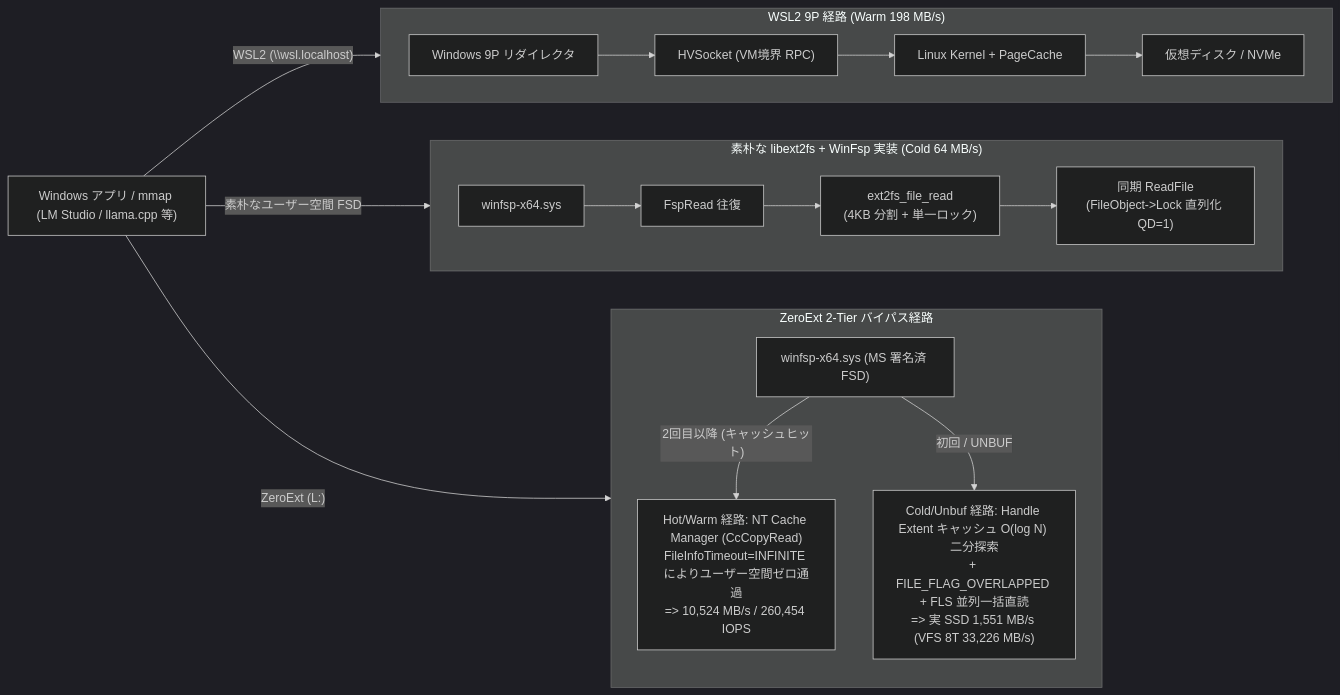
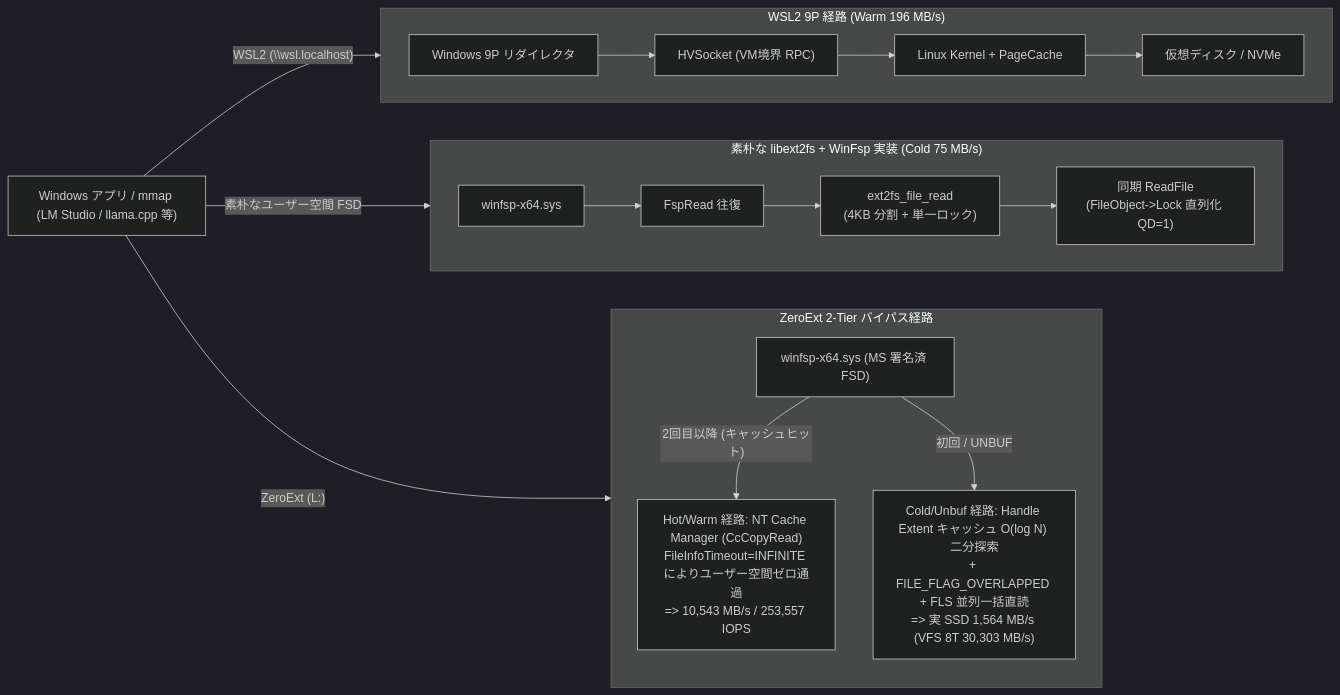
Before and after one commit to totatake/ZeroExt: the first of 2 diagrams in docs/overview.md, drawn with Mermaid (dark theme). The commit also changed other lines of this file and 20 other files, not shown here.

````diff
--- a/docs/overview.md
+++ b/docs/overview.md
@@ -31,27 +31,27 @@
 ```mermaid
 flowchart LR
     App["Windows アプリ / mmap (LM Studio / llama.cpp 等)"]
 
-    subgraph WSL["WSL2 9P 経路 (Warm 198 MB/s)"]
+    subgraph WSL["WSL2 9P 経路 (Warm 196 MB/s)"]
         direction LR
         W1["Windows 9P リダイレクタ"] --> W2["HVSocket (VM境界 RPC)"] --> W3["Linux Kernel + PageCache"] --> W4["仮想ディスク / NVMe"]
     end
 
-    subgraph Naive["素朴な libext2fs + WinFsp 実装 (Cold 64 MB/s)"]
+    subgraph Naive["素朴な libext2fs + WinFsp 実装 (Cold 75 MB/s)"]
         direction LR
         N1["winfsp-x64.sys"] --> N2["FspRead 往復"] --> N3["ext2fs_file_read\n(4KB 分割 + 単一ロック)"] --> N4["同期 ReadFile\n(FileObject->Lock 直列化 QD=1)"]
     end
 
     subgraph ZeroExtPath["ZeroExt 2-Tier バイパス経路"]
         direction TB
         ZSys["winfsp-x64.sys (MS 署名済 FSD)"]
-        ZHot["Hot/Warm 経路: NT Cache Manager (CcCopyRead)\nFileInfoTimeout=INFINITE によりユーザー空間ゼロ通過\n=> 10,524 MB/s / 260,454 IOPS"]
-        ZCold["Cold/Unbuf 経路: Handle Extent キャッシュ O(log N) 二分探索\n+ FILE_FLAG_OVERLAPPED + FLS 並列一括直読\n=> 実 SSD 1,551 MB/s (VFS 8T 33,226 MB/s)"]
+        ZHot["Hot/Warm 経路: NT Cache Manager (CcCopyRead)\nFileInfoTimeout=INFINITE によりユーザー空間ゼロ通過\n=> 10,543 MB/s / 253,557 IOPS"]
+        ZCold["Cold/Unbuf 経路: Handle Extent キャッシュ O(log N) 二分探索\n+ FILE_FLAG_OVERLAPPED + FLS 並列一括直読\n=> 実 SSD 1,564 MB/s (VFS 8T 30,303 MB/s)"]
         ZSys -->|"2回目以降 (キャッシュヒット)"| ZHot
         ZSys -->|"初回 / UNBUF"| ZCold
     end
 
     App -->|"WSL2 (\\wsl.localhost)"| WSL
     App -->|"素朴なユーザー空間 FSD"| Naive
     App -->|"ZeroExt (L:)"| ZeroExtPath
 ```
````
